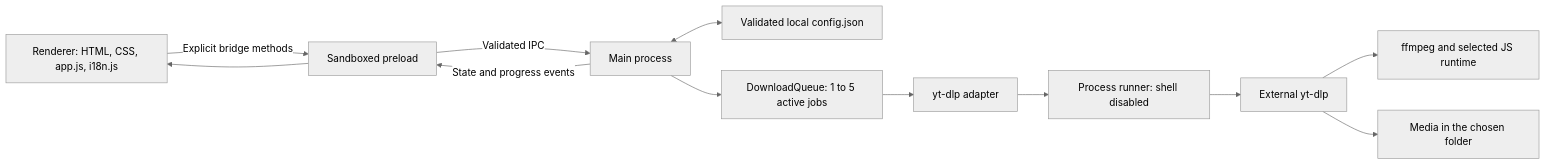
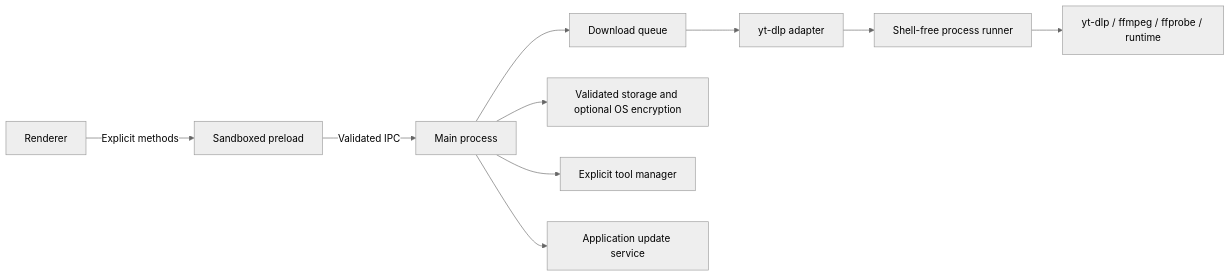
The diagram in docs/ARCHITECTURE.md (miikkij/VideoNinja), drawn with Mermaid (neutral theme) before and after one commit. The commit also changed other lines of this file and 61 other files, not shown here.

````diff
--- a/docs/ARCHITECTURE.md
+++ b/docs/ARCHITECTURE.md
@@ -8,14 +8,12 @@
 ```mermaid
 flowchart LR
-    UI["Renderer: HTML, CSS, app.js, i18n.js"] -->|Explicit bridge methods| PRE["Sandboxed preload"]
-    PRE -->|Validated IPC| MAIN["Main process"]
-    MAIN -->|State and progress events| PRE
-    PRE --> UI
-    MAIN <--> STORE["Validated local config.json"]
-    MAIN --> QUEUE["DownloadQueue: 1 to 5 active jobs"]
-    QUEUE --> ADAPTER["yt-dlp adapter"]
-    ADAPTER --> RUNNER["Process runner: shell disabled"]
-    RUNNER --> YTDLP["External yt-dlp"]
-    YTDLP --> TOOLS["ffmpeg and selected JS runtime"]
-    YTDLP --> MEDIA["Media in the chosen folder"]
+    UI[Renderer] -->|Explicit methods| PRE[Sandboxed preload]
+    PRE -->|Validated IPC| MAIN[Main process]
+    MAIN --> QUEUE[Download queue]
+    QUEUE --> ADAPTER[yt-dlp adapter]
+    ADAPTER --> RUNNER[Shell-free process runner]
+    RUNNER --> TOOLS[yt-dlp / ffmpeg / ffprobe / runtime]
+    MAIN --> STORE[Validated storage and optional OS encryption]
+    MAIN --> MANAGER[Explicit tool manager]
+    MAIN --> UPDATER[Application update service]
 ```
````
